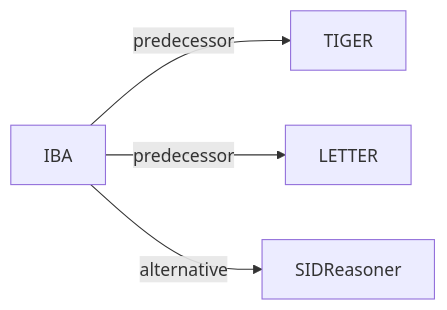
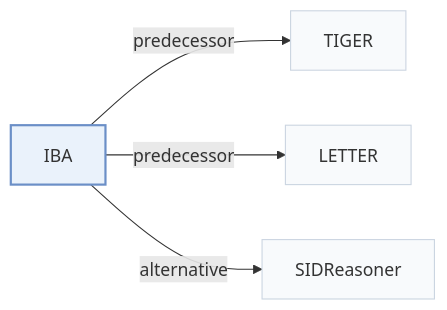
Before and after one commit to Galaxy-ghost/Awesome-SID-Generative-Rec: the second of 2 diagrams in pages/papers/iba.md, drawn with Mermaid. The commit also changed other lines of this file and 649 other files, not shown here.

Commit message:
writer-05: also tags and modality index (schema, check, build, visuals); summary field removed; calibration data for 12 papers

````diff
--- a/pages/papers/iba.md
+++ b/pages/papers/iba.md
@@ -68,7 +74,11 @@
 ```mermaid
 flowchart LR
     P["IBA"]
-    P -->|predecessor| A["TIGER"]
-    P -->|predecessor| B["LETTER"]
-    P -->|alternative| C["SIDReasoner"]
+    P -->|"predecessor"| A["TIGER"]
+    P -->|"predecessor"| B["LETTER"]
+    P -->|"alternative"| C["SIDReasoner"]
+    classDef main fill:#eaf2fb,stroke:#6b8fc7,stroke-width:2px
+    classDef peer fill:#f8fafc,stroke:#cbd5e1
+    class P main
+    class A,B,C peer
 ```
````
